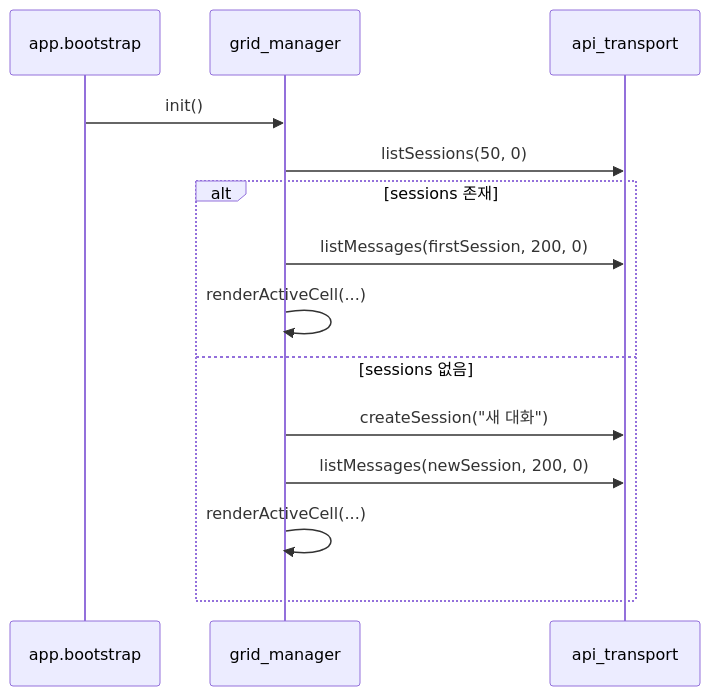
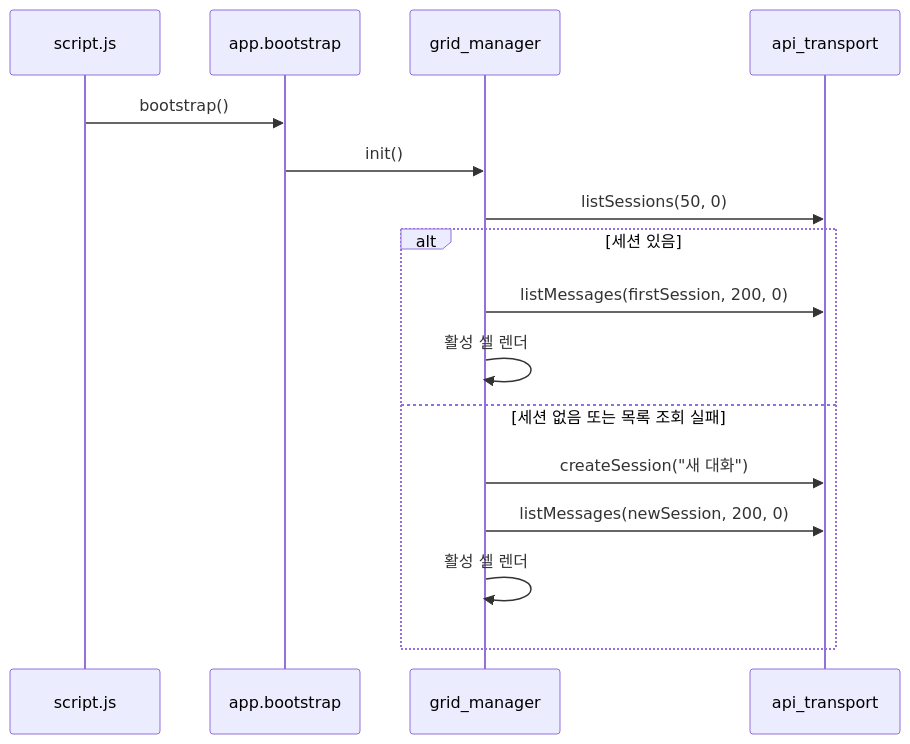
Before and after one commit to lgcns-ai-keonho-kim/TemplateZoo: the diagram in templates/001_chatbot/docs/static/ui.md, drawn with Mermaid. The commit also changed other lines of this file and 89 other files, not shown here.

````diff
--- a/templates/001_chatbot/docs/static/ui.md
+++ b/templates/001_chatbot/docs/static/ui.md
@@ -198,17 +54,19 @@
 ```mermaid
 sequenceDiagram
-    participant APP as app.bootstrap
-    participant GRID as grid_manager
+    participant Boot as script.js
+    participant App as app.bootstrap
+    participant Grid as grid_manager
     participant API as api_transport
 
-    APP->>GRID: init()
-    GRID->>API: listSessions(50, 0)
-    alt sessions 존재
-        GRID->>API: listMessages(firstSession, 200, 0)
-        GRID->>GRID: renderActiveCell(...)
-    else sessions 없음
-        GRID->>API: createSession("새 대화")
-        GRID->>API: listMessages(newSession, 200, 0)
-        GRID->>GRID: renderActiveCell(...)
+    Boot->>App: bootstrap()
+    App->>Grid: init()
+    Grid->>API: listSessions(50, 0)
+    alt 세션 있음
+        Grid->>API: listMessages(firstSession, 200, 0)
+        Grid->>Grid: 활성 셀 렌더
+    else 세션 없음 또는 목록 조회 실패
+        Grid->>API: createSession("새 대화")
+        Grid->>API: listMessages(newSession, 200, 0)
+        Grid->>Grid: 활성 셀 렌더
     end
 ```
````
